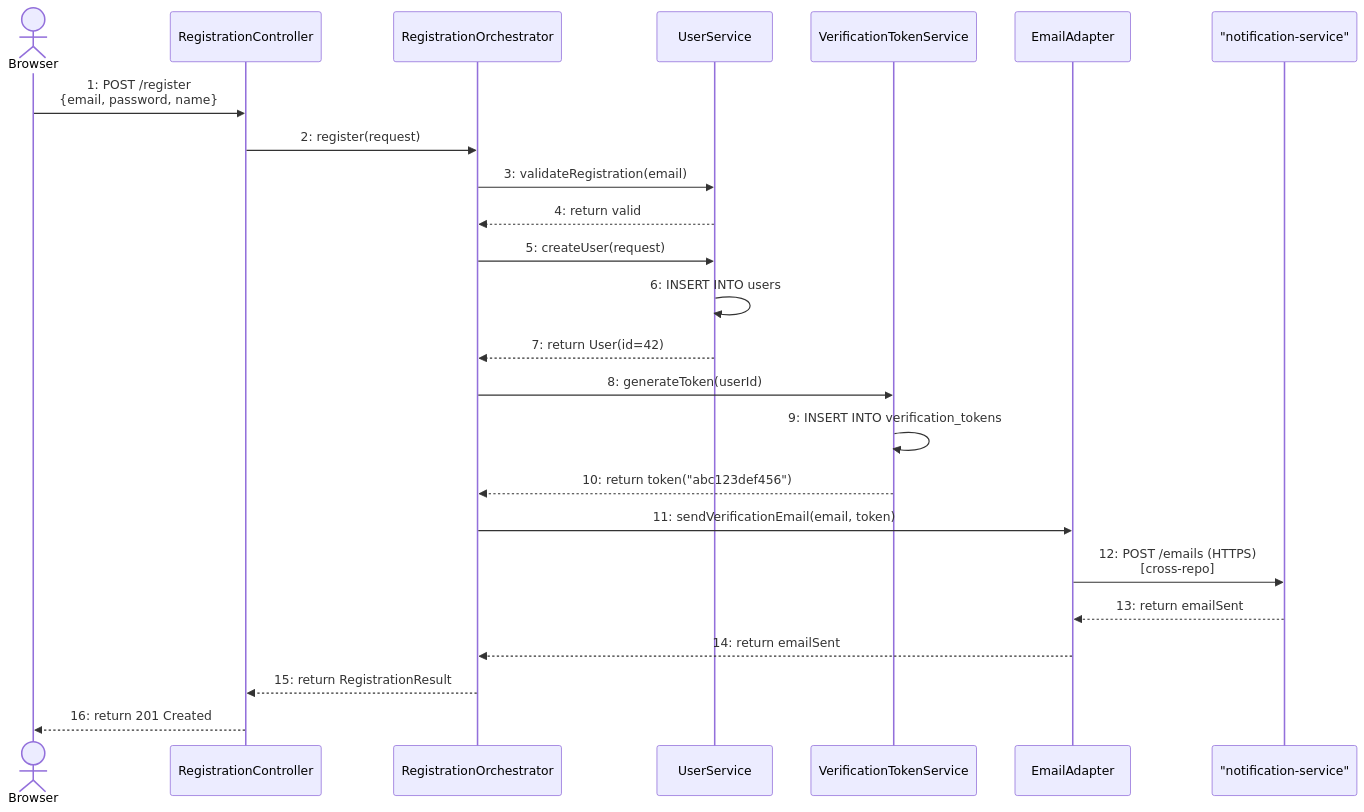
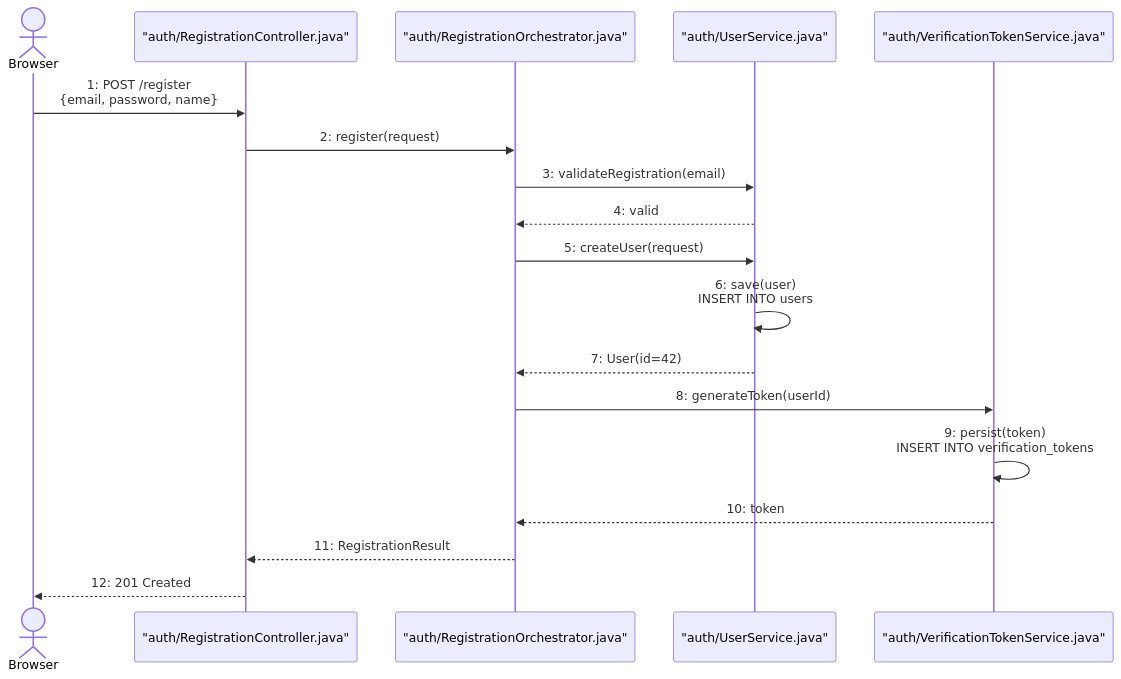
The third of 4 diagrams in skills/investigate-code/examples/markdown-report.md (sjmyuan/prompts), drawn with Mermaid before and after one commit. The commit also changed other lines of this file and 8 other files, not shown here.

Commit message:
refine the sequence diagram

````diff
--- a/skills/investigate-code/examples/markdown-report.md
+++ b/skills/investigate-code/examples/markdown-report.md
@@ -113,28 +117,22 @@
 ```mermaid
 sequenceDiagram
-    %% User Registration Flow — Sequence Diagram
+    %% Level: code — cross-file / class
     actor Browser
-    participant RegCtrl as RegistrationController
-    participant RegOrch as RegistrationOrchestrator
-    participant UserSvc as UserService
-    participant TokenSvc as VerificationTokenService
-    participant EmailAdptr as EmailAdapter
-    participant NotifSvc as "notification-service"
+    participant Ctrl as "auth/RegistrationController.java"
+    participant Orch as "auth/RegistrationOrchestrator.java"
+    participant UserSvc as "auth/UserService.java"
+    participant TokenSvc as "auth/VerificationTokenService.java"
 
-    Browser->>RegCtrl: 1: POST /register<br/>{email, password, name}
-    RegCtrl->>RegOrch: 2: register(request)
-    RegOrch->>UserSvc: 3: validateRegistration(email)
-    UserSvc-->>RegOrch: 4: return valid
-    RegOrch->>UserSvc: 5: createUser(request)
-    UserSvc->>UserSvc: 6: INSERT INTO users
-    UserSvc-->>RegOrch: 7: return User(id=42)
-    RegOrch->>TokenSvc: 8: generateToken(userId)
-    TokenSvc->>TokenSvc: 9: INSERT INTO verification_tokens
-    TokenSvc-->>RegOrch: 10: return token("abc123def456")
-    RegOrch->>EmailAdptr: 11: sendVerificationEmail(email, token)
-    EmailAdptr->>NotifSvc: 12: POST /emails (HTTPS)<br/>[cross-repo]
-    NotifSvc-->>EmailAdptr: 13: return emailSent
-    EmailAdptr-->>RegOrch: 14: return emailSent
-    RegOrch-->>RegCtrl: 15: return RegistrationResult
-    RegCtrl-->>Browser: 16: return 201 Created
+    Browser->>Ctrl: 1: POST /register<br/>{email, password, name}
+    Ctrl->>Orch: 2: register(request)
+    Orch->>UserSvc: 3: validateRegistration(email)
+    UserSvc-->>Orch: 4: valid
+    Orch->>UserSvc: 5: createUser(request)
+    UserSvc->>UserSvc: 6: save(user)<br/>INSERT INTO users
+    UserSvc-->>Orch: 7: User(id=42)
+    Orch->>TokenSvc: 8: generateToken(userId)
+    TokenSvc->>TokenSvc: 9: persist(token)<br/>INSERT INTO verification_tokens
+    TokenSvc-->>Orch: 10: token
+    Orch-->>Ctrl: 11: RegistrationResult
+    Ctrl-->>Browser: 12: 201 Created
 ```
````
